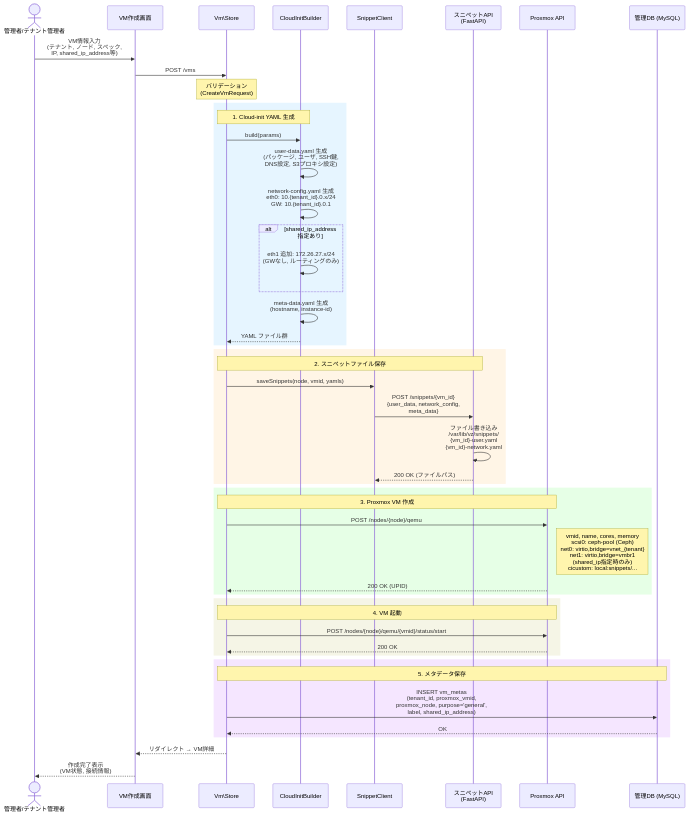
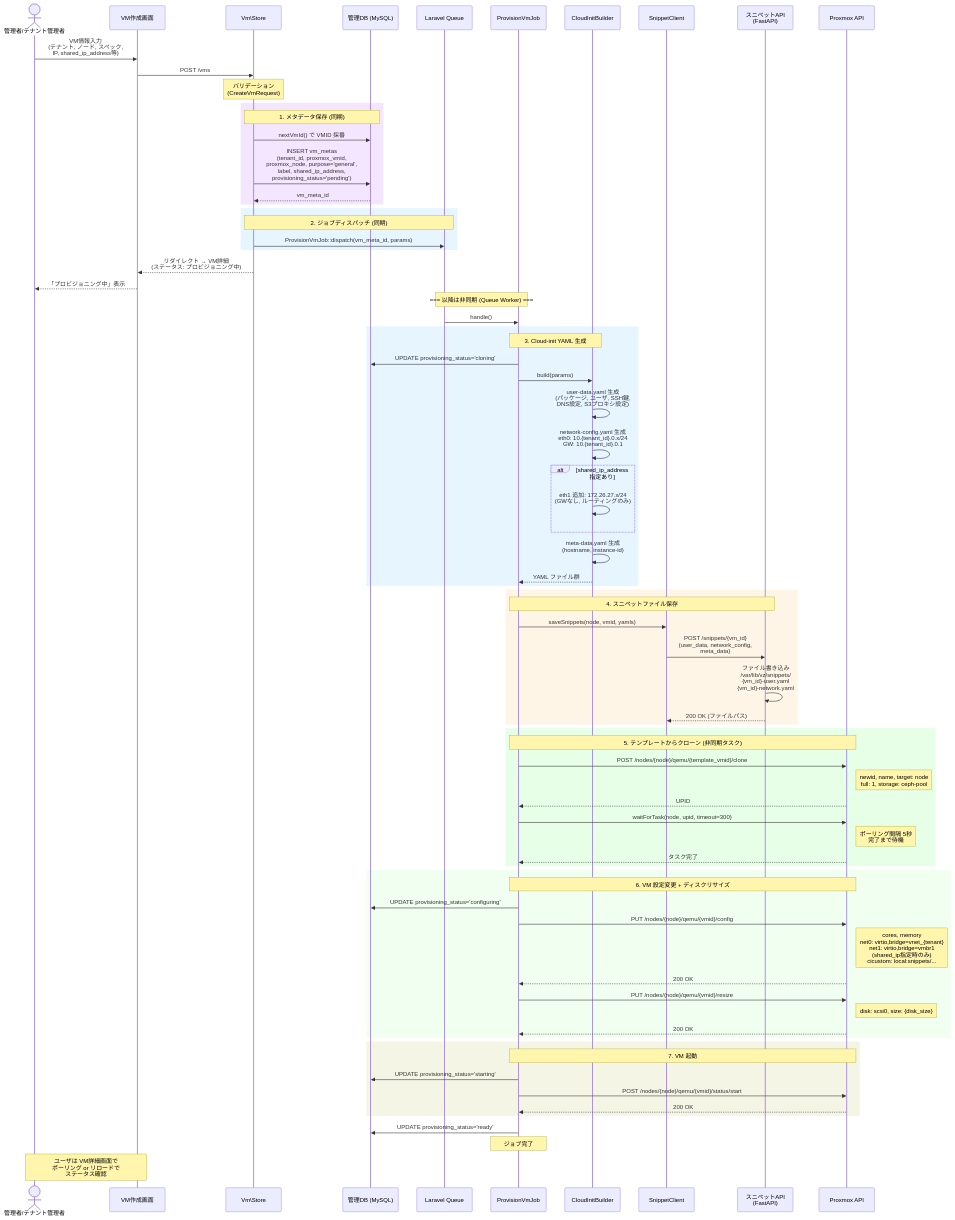
The second of 3 diagrams in docs/detailed-design.md (NAKNAO-nnct/MisosiruCloud), drawn with Mermaid before and after one commit. The commit also changed other lines of this file and 3 other files, not shown here.

````diff
--- a/docs/detailed-design.md
+++ b/docs/detailed-design.md
@@ -422,57 +428,89 @@
     actor User as 管理者/テナント管理者
     participant UI as VM作成画面
     participant Store as Vm\Store
+    participant DB as 管理DB (MySQL)
+    participant Queue as Laravel Queue
+    participant Job as ProvisionVmJob
     participant CIB as CloudInitBuilder
     participant Snippet as SnippetClient
     participant SnipAPI as スニペットAPI<br/>(FastAPI)
     participant PVE as Proxmox API
-    participant DB as 管理DB (MySQL)
 
     User->>UI: VM情報入力<br/>(テナント, ノード, スペック,<br/> IP, shared_ip_address等)
     UI->>Store: POST /vms
 
     Note over Store: バリデーション<br/>(CreateVmRequest)
 
+    rect rgb(245, 230, 255)
+        Note over Store,DB: 1. メタデータ保存 (同期)
+        Store->>DB: nextVmId() で VMID 採番
+        Store->>DB: INSERT vm_metas<br/>(tenant_id, proxmox_vmid,<br/> proxmox_node, purpose='general',<br/> label, shared_ip_address,<br/> provisioning_status='pending')
+        DB-->>Store: vm_meta_id
+    end
+
     rect rgb(230, 245, 255)
-        Note over Store,CIB: 1. Cloud-init YAML 生成
-        Store->>CIB: build(params)
+        Note over Store,Queue: 2. ジョブディスパッチ (同期)
+        Store->>Queue: ProvisionVmJob::dispatch(vm_meta_id, params)
+    end
+
+    Store-->>UI: リダイレクト → VM詳細<br/>(ステータス: プロビジョニング中)
+    UI-->>User: 「プロビジョニング中」表示
+
+    Note over Queue,Job: === 以降は非同期 (Queue Worker) ===
+
+    Queue->>Job: handle()
+
+    rect rgb(230, 245, 255)
+        Note over Job,CIB: 3. Cloud-init YAML 生成
+        Job->>DB: UPDATE provisioning_status='cloning'
+        Job->>CIB: build(params)
         CIB->>CIB: user-data.yaml 生成<br/>(パッケージ, ユーザ, SSH鍵,<br/> DNS設定, S3プロキシ設定)
         CIB->>CIB: network-config.yaml 生成<br/>eth0: 10.{tenant_id}.0.x/24<br/>GW: 10.{tenant_id}.0.1
         alt shared_ip_address 指定あり
             CIB->>CIB: eth1 追加: 172.26.27.x/24<br/>(GWなし, ルーティングのみ)
         end
         CIB->>CIB: meta-data.yaml 生成<br/>(hostname, instance-id)
-        CIB-->>Store: YAML ファイル群
+        CIB-->>Job: YAML ファイル群
     end
 
     rect rgb(255, 245, 230)
-        Note over Store,SnipAPI: 2. スニペットファイル保存
-        Store->>Snippet: saveSnippets(node, vmid, yamls)
+        Note over Job,SnipAPI: 4. スニペットファイル保存
+        Job->>Snippet: saveSnippets(node, vmid, yamls)
         Snippet->>SnipAPI: POST /snippets/{vm_id}<br/>{user_data, network_config,<br/> meta_data}
         SnipAPI->>SnipAPI: ファイル書き込み<br/>/var/lib/vz/snippets/<br/>{vm_id}-user.yaml<br/>{vm_id}-network.yaml
         SnipAPI-->>Snippet: 200 OK (ファイルパス)
     end
 
     rect rgb(230, 255, 230)
-        Note over Store,PVE: 3. Proxmox VM 作成
-        Store->>PVE: POST /nodes/{node}/qemu
-        Note right of PVE: vmid, name, cores, memory<br/>scsi0: ceph-pool (Ceph)<br/>net0: virtio,bridge=vnet_{tenant}<br/>net1: virtio,bridge=vmbr1<br/>   (shared_ip指定時のみ)<br/>cicustom: local:snippets/...
-        PVE-->>Store: 200 OK (UPID)
+        Note over Job,PVE: 5. テンプレートからクローン (非同期タスク)
+        Job->>PVE: POST /nodes/{node}/qemu/{template_vmid}/clone
+        Note right of PVE: newid, name, target: node<br/>full: 1, storage: ceph-pool
+        PVE-->>Job: UPID
+        Job->>PVE: waitForTask(node, upid, timeout=300)
+        Note right of PVE: ポーリング間隔 5秒<br/>完了まで待機
+        PVE-->>Job: タスク完了
+    end
+
+    rect rgb(240, 255, 240)
+        Note over Job,PVE: 6. VM 設定変更 + ディスクリサイズ
+        Job->>DB: UPDATE provisioning_status='configuring'
+        Job->>PVE: PUT /nodes/{node}/qemu/{vmid}/config
+        Note right of PVE: cores, memory<br/>net0: virtio,bridge=vnet_{tenant}<br/>net1: virtio,bridge=vmbr1<br/>   (shared_ip指定時のみ)<br/>cicustom: local:snippets/...
+        PVE-->>Job: 200 OK
+        Job->>PVE: PUT /nodes/{node}/qemu/{vmid}/resize
+        Note right of PVE: disk: scsi0, size: {disk_size}
+        PVE-->>Job: 200 OK
     end
 
     rect rgb(245, 245, 230)
-        Note over Store,PVE: 4. VM 起動
-        Store->>PVE: POST /nodes/{node}/qemu/{vmid}/status/start
-        PVE-->>Store: 200 OK
+        Note over Job,PVE: 7. VM 起動
+        Job->>DB: UPDATE provisioning_status='starting'
+        Job->>PVE: POST /nodes/{node}/qemu/{vmid}/status/start
+        PVE-->>Job: 200 OK
     end
 
-    rect rgb(245, 230, 255)
-        Note over Store,DB: 5. メタデータ保存
-        Store->>DB: INSERT vm_metas<br/>(tenant_id, proxmox_vmid,<br/> proxmox_node, purpose='general',<br/> label, shared_ip_address)
-        DB-->>Store: OK
-    end
+    Job->>DB: UPDATE provisioning_status='ready'
+    Note over Job: ジョブ完了
 
-    Store-->>UI: リダイレクト → VM詳細
-
-    UI-->>User: 作成完了表示<br/>(VM状態, 接続情報)
+    Note over User,UI: ユーザは VM詳細画面で<br/>ポーリング or リロードで<br/>ステータス確認
 ```
````
